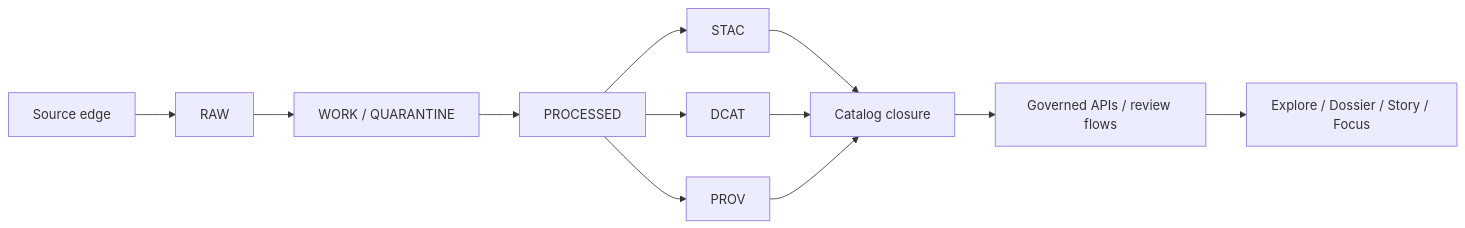
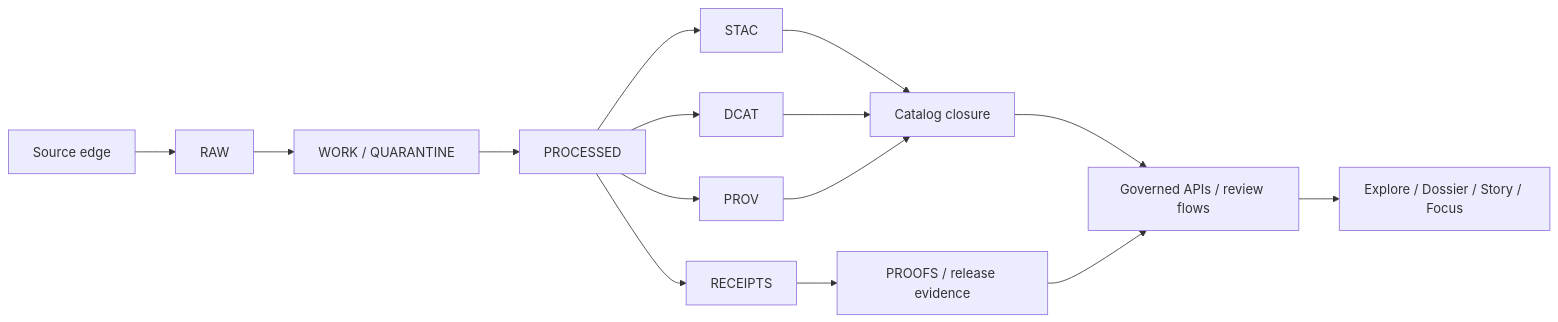
Before and after one commit to bartytime4life/Kansas-Frontier-Matrix: the diagram in data/catalog/prov/README.md, drawn with Mermaid. The commit also changed other lines of this file, not shown here.

````diff
--- a/data/catalog/prov/README.md
+++ b/data/catalog/prov/README.md
@@ -233,17 +307,20 @@
 ```mermaid
 flowchart LR
     A["Source edge"] --> B["RAW"]
     B --> C["WORK / QUARANTINE"]
     C --> D["PROCESSED"]
 
+    D --> R["RECEIPTS"]
     D --> E["STAC"]
     D --> F["DCAT"]
     D --> G["PROV"]
 
+    R --> P["PROOFS / release evidence"]
     E --> H["Catalog closure"]
     F --> H
     G --> H
 
     H --> I["Governed APIs / review flows"]
+    P --> I
     I --> J["Explore / Dossier / Story / Focus"]
 ```
````
